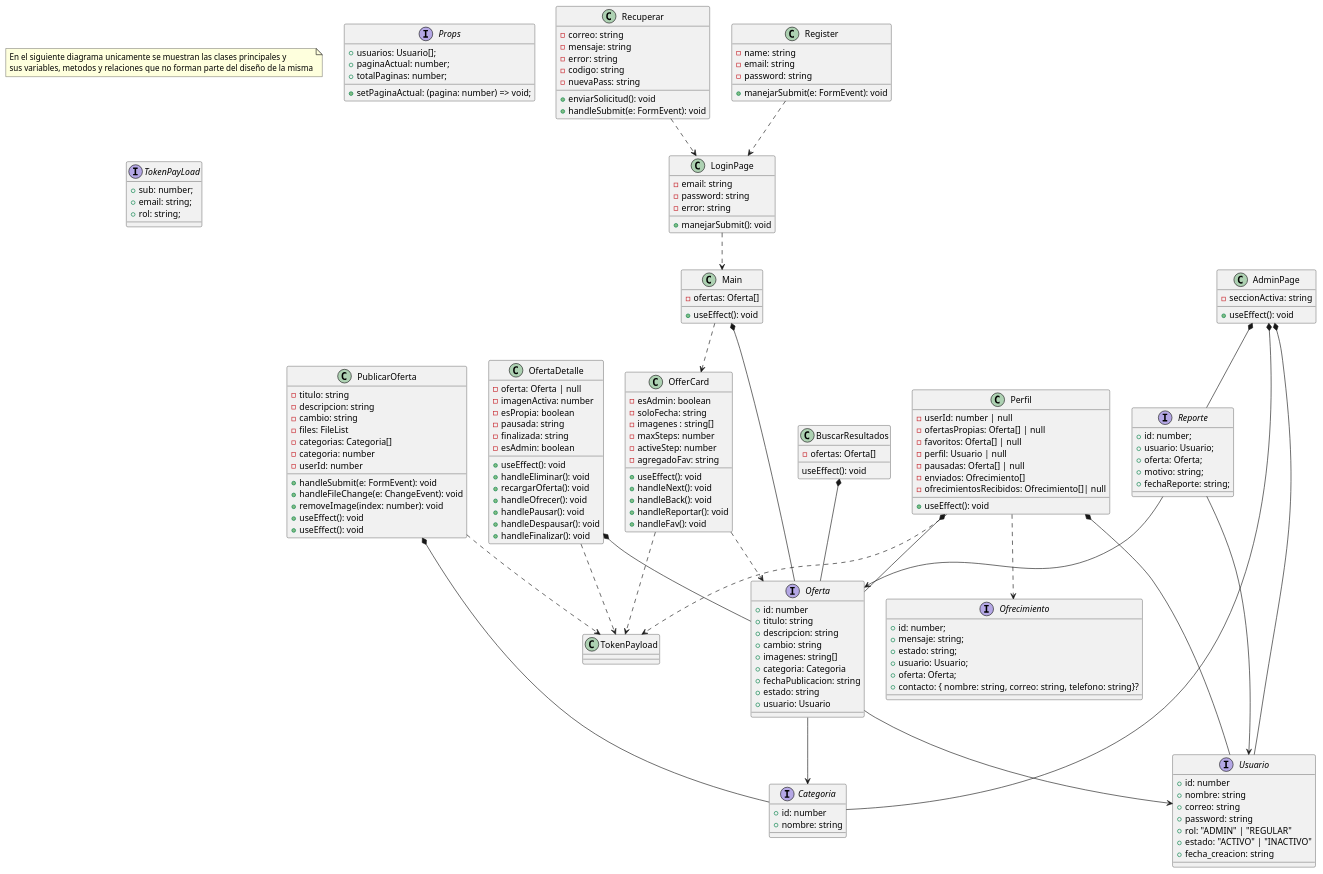
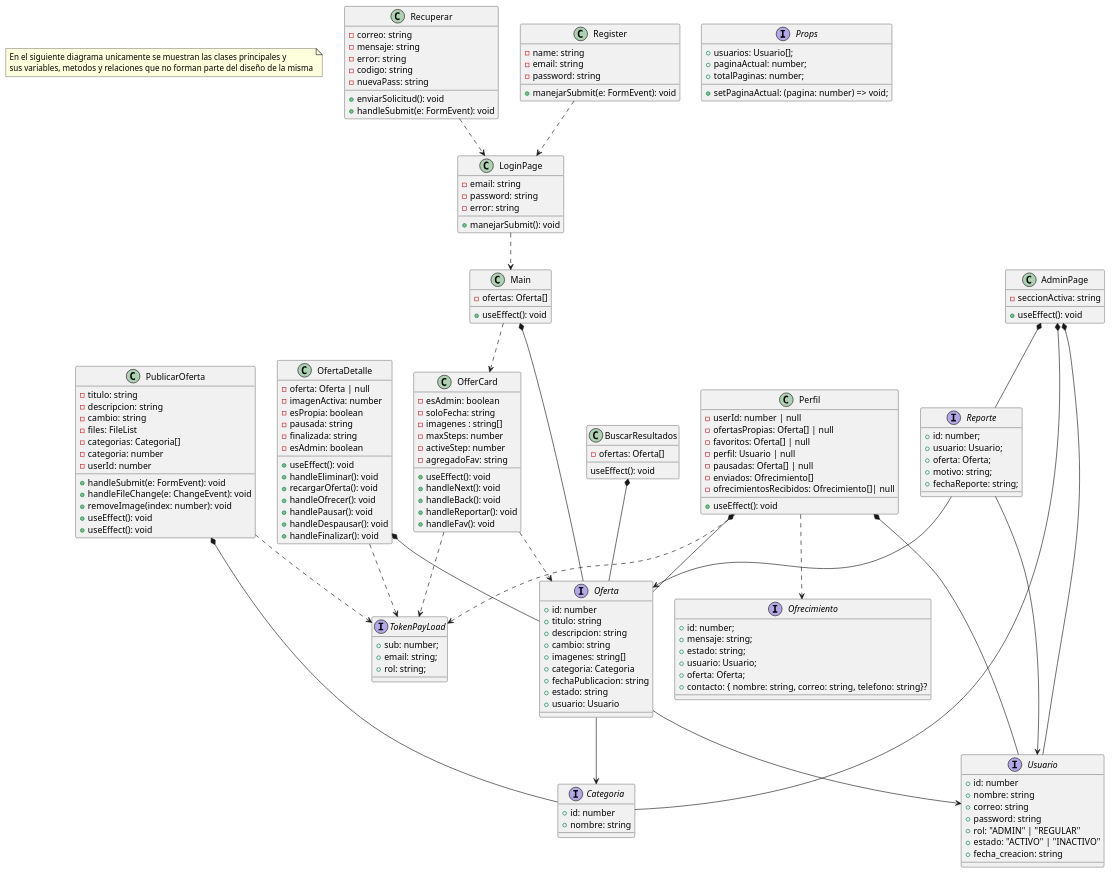
Before and after one commit to Nando698/trueque-app: the diagram in diagramas/diagramas_de_clases/diagramaClases.puml, drawn with PlantUML. The commit also changed 1 other file, not shown here.

Commit message:
Actualización Diagrama de clases y README

```diff
--- a/diagramas/diagramas_de_clases/diagramaClases.puml
+++ b/diagramas/diagramas_de_clases/diagramaClases.puml
@@ -183,17 +183,17 @@
 
 Perfil  *--  Usuario
 Perfil  *--  Oferta
-Perfil ..> TokenPayload
+Perfil ..> TokenPayLoad
 Perfil ..> Ofrecimiento
 
 
 ' OfertaDetalle
 OfertaDetalle  *--  Oferta
-OfertaDetalle ..> TokenPayload
+OfertaDetalle ..> TokenPayLoad
 
 ' PublicarOferta
 PublicarOferta  *--  Categoria
-PublicarOferta ..> TokenPayload
+PublicarOferta ..> TokenPayLoad
 
 
 'loginPage
@@ -207,7 +207,7 @@
 
 ' OfferCard (MainCard)
 Main ..> OfferCard
-OfferCard ..> TokenPayload
+OfferCard ..> TokenPayLoad
 OfferCard ..> Oferta
 
 
```
